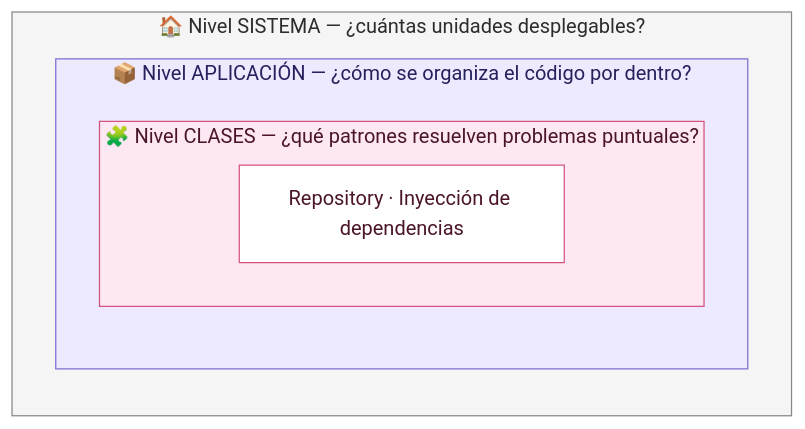
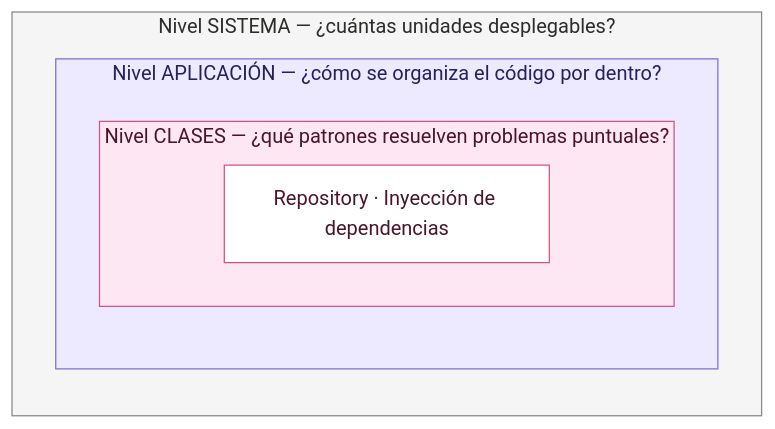
One commit to claudio4ndres/foodplease changed the first of 4 diagrams in README.md. Above: the diagram before and after it, drawn with Mermaid (base theme). The commit also changed other lines of this file, not shown here.

````diff
--- a/README.md
+++ b/README.md
@@ -47,17 +47,17 @@
 ```mermaid
 flowchart TB
-    subgraph sistema ["🏠 Nivel SISTEMA — ¿cuántas unidades desplegables?"]
+    subgraph sistema ["Nivel SISTEMA — ¿cuántas unidades desplegables?"]
         direction TB
-        subgraph aplicacion ["📦 Nivel APLICACIÓN — ¿cómo se organiza el código por dentro?"]
+        subgraph aplicacion ["Nivel APLICACIÓN — ¿cómo se organiza el código por dentro?"]
             direction TB
-            subgraph clases ["🧩 Nivel CLASES — ¿qué patrones resuelven problemas puntuales?"]
+            subgraph clases ["Nivel CLASES — ¿qué patrones resuelven problemas puntuales?"]
                 patrones["Repository · Inyección de dependencias"]
             end
         end
     end
 
     style sistema fill:#f5f5f5,stroke:#888888,color:#2c2c2a
     style aplicacion fill:#ede9fe,stroke:#7c6fd0,color:#26215c
     style clases fill:#fce7f3,stroke:#d4537e,color:#4b1528
     style patrones fill:#ffffff,stroke:#d4537e,color:#4b1528
 ```
````
